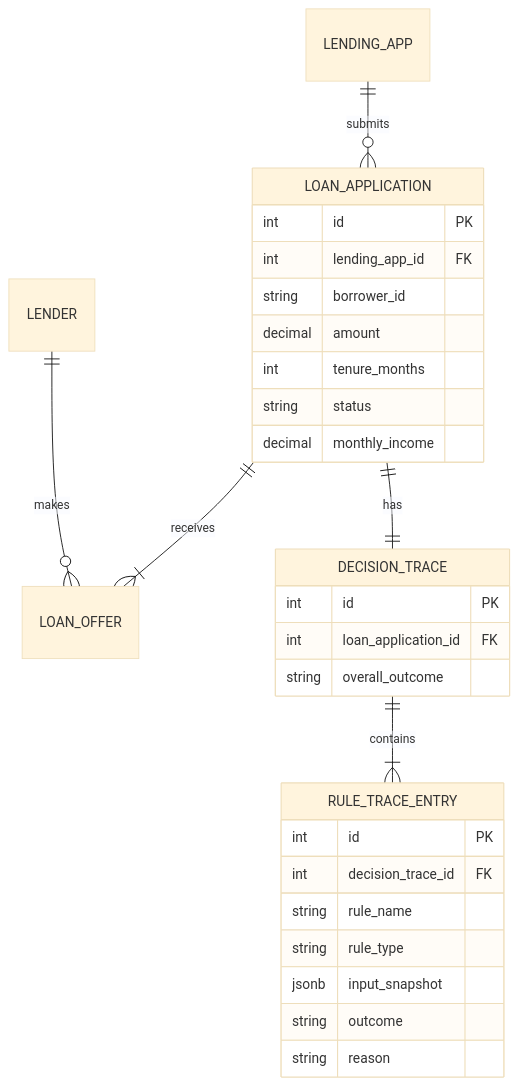
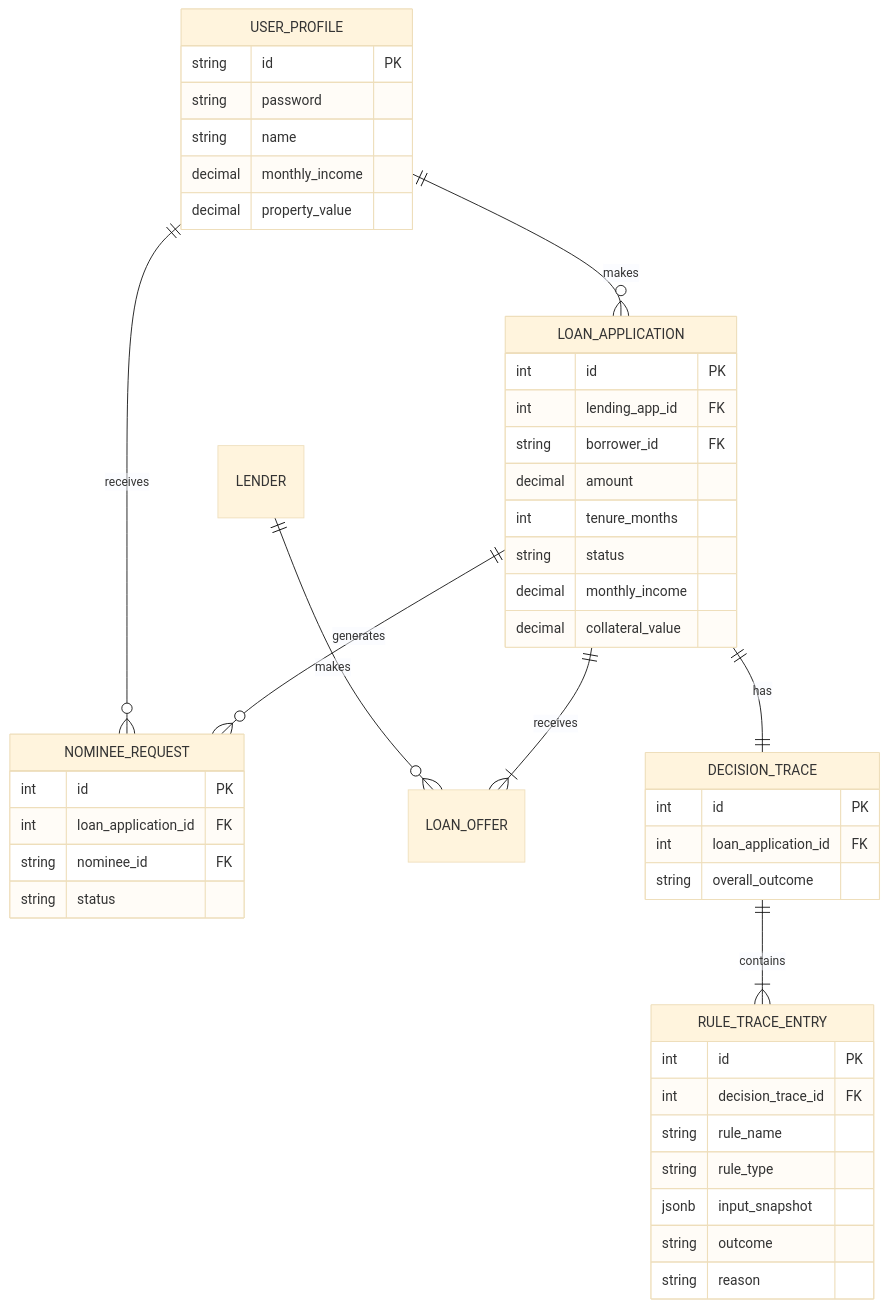
Before and after one commit to HemanthS150106/Digital-Lending-Market-Place: the second of 2 diagrams in ARCH.md, drawn with Mermaid (base theme). The commit also changed other lines of this file and 24 other files, not shown here.

````diff
--- a/ARCH.md
+++ b/ARCH.md
@@ -43,34 +69,52 @@
 ```mermaid
 erDiagram
-    LENDING_APP ||--o{ LOAN_APPLICATION : submits
+    USER_PROFILE ||--o{ LOAN_APPLICATION : makes
+    USER_PROFILE ||--o{ NOMINEE_REQUEST : receives
+    LOAN_APPLICATION ||--o{ NOMINEE_REQUEST : generates
     LENDER ||--o{ LOAN_OFFER : makes
     LOAN_APPLICATION ||--|{ LOAN_OFFER : receives
     LOAN_APPLICATION ||--|| DECISION_TRACE : has
     DECISION_TRACE ||--|{ RULE_TRACE_ENTRY : contains
 
+    USER_PROFILE {
+        string id PK
+        string password
+        string name
+        decimal monthly_income
+        decimal property_value
+    }
+    
+    NOMINEE_REQUEST {
+        int id PK
+        int loan_application_id FK
+        string nominee_id FK
+        string status
+    }
+
     LOAN_APPLICATION {
         int id PK
         int lending_app_id FK
-        string borrower_id
+        string borrower_id FK
         decimal amount
         int tenure_months
         string status
         decimal monthly_income
+        decimal collateral_value
     }
     
     DECISION_TRACE {
         int id PK
         int loan_application_id FK
         string overall_outcome
     }
 
     RULE_TRACE_ENTRY {
         int id PK
         int decision_trace_id FK
         string rule_name
         string rule_type
         jsonb input_snapshot
         string outcome
         string reason
     }
 ```
````
